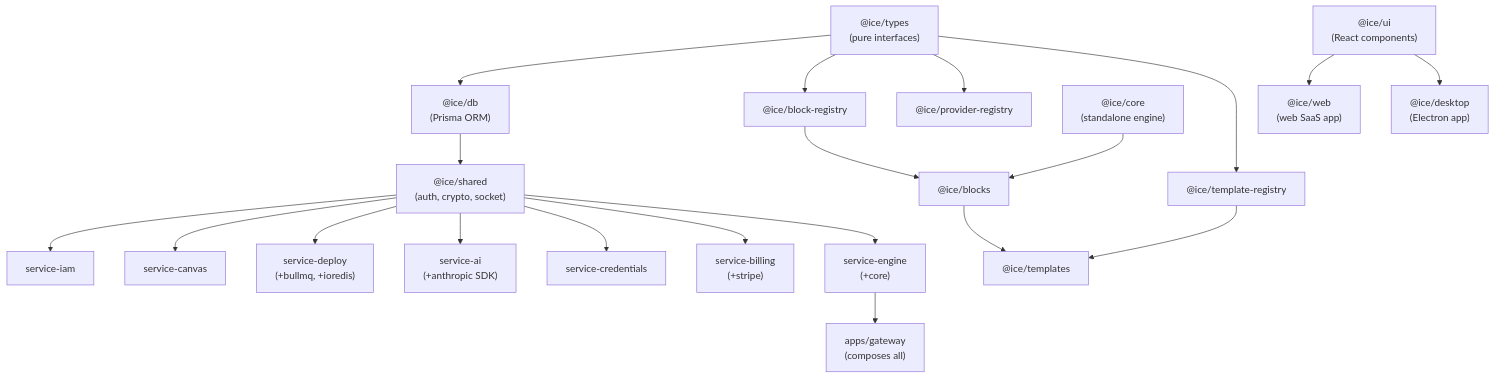
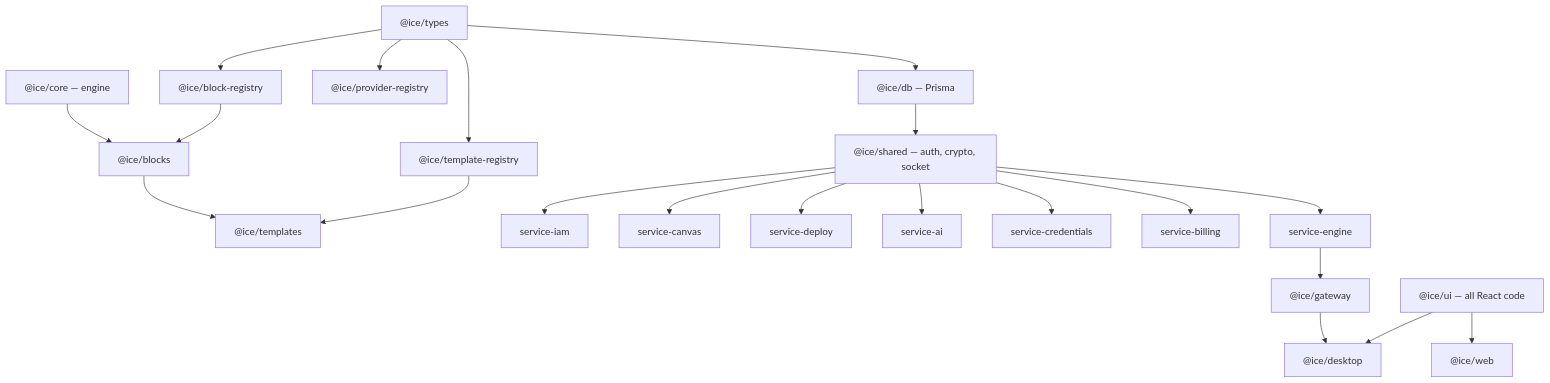
The fourth of 7 diagrams in docs/architecture.md (light-cloud-com/ice), drawn with Mermaid before and after one commit. The commit also changed other lines of this file and 7 other files, not shown here.

````diff
--- a/docs/architecture.md
+++ b/docs/architecture.md
@@ -49,28 +80,29 @@
 ```mermaid
 graph TD
-    types["@ice/types<br/>(pure interfaces)"]
-    types --> db["@ice/db<br/>(Prisma ORM)"]
+    types["@ice/types"]
+    types --> db["@ice/db — Prisma"]
     types --> blockreg["@ice/block-registry"]
     types --> provreg["@ice/provider-registry"]
     types --> tmplreg["@ice/template-registry"]
 
-    core["@ice/core<br/>(standalone engine)"]
+    core["@ice/core — engine"]
     core --> blocks["@ice/blocks"]
     blockreg --> blocks
     blocks --> templates["@ice/templates"]
     tmplreg --> templates
 
-    db --> shared["@ice/shared<br/>(auth, crypto, socket)"]
+    db --> shared["@ice/shared — auth, crypto, socket"]
     shared --> iam[service-iam]
     shared --> canvas[service-canvas]
-    shared --> deploy["service-deploy<br/>(+bullmq, +ioredis)"]
-    shared --> ai["service-ai<br/>(+anthropic SDK)"]
+    shared --> deploy[service-deploy]
+    shared --> ai[service-ai]
     shared --> creds[service-credentials]
-    shared --> billing["service-billing<br/>(+stripe)"]
-    shared --> engine["service-engine<br/>(+core)"]
-    engine --> gateway["apps/gateway<br/>(composes all)"]
+    shared --> billing[service-billing]
+    shared --> engine[service-engine]
+    engine --> gateway["@ice/gateway"]
 
-    ui["@ice/ui<br/>(React components)"]
-    ui --> web["@ice/web<br/>(web SaaS app)"]
-    ui --> desktop["@ice/desktop<br/>(Electron app)"]
+    ui["@ice/ui — all React code"]
+    ui --> web["@ice/web"]
+    gateway --> desktop["@ice/desktop"]
+    ui --> desktop
 ```
````
